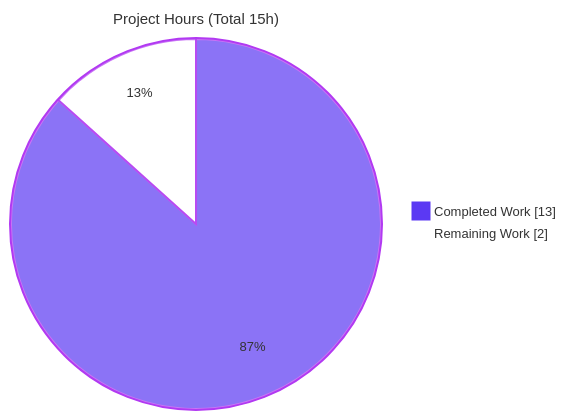
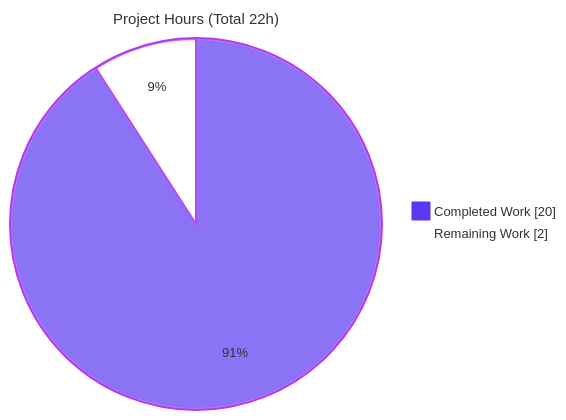
The second of 3 diagrams in blitzy/documentation/Project Guide.md (Sandeep02Kumar02/12-dec-existing-projects-qa-test-3), drawn with Mermaid before and after one commit. The commit also changed other lines of this file, not shown here.

Commit message:
Adding Blitzy Project Guide: Project Status and Human Tasks Remaining

````diff
--- a/blitzy/documentation/Project Guide.md
+++ b/blitzy/documentation/Project Guide.md
@@ -199,6 +233,6 @@
 ```mermaid
 %%{init: {'theme':'base','themeVariables':{'pie1':'#5B39F3','pie2':'#FFFFFF','pieStrokeColor':'#B23AF2','pieOuterStrokeColor':'#B23AF2','pieStrokeWidth':'2px','pieOuterStrokeWidth':'2px','pieTitleTextSize':'15px','pieSectionTextSize':'13px','pieLegendTextSize':'13px'}}}%%
-pie showData title Project Hours (Total 15h)
-    "Completed Work" : 13
+pie showData title Project Hours (Total 22h)
+    "Completed Work" : 20
     "Remaining Work" : 2
 ```
````
